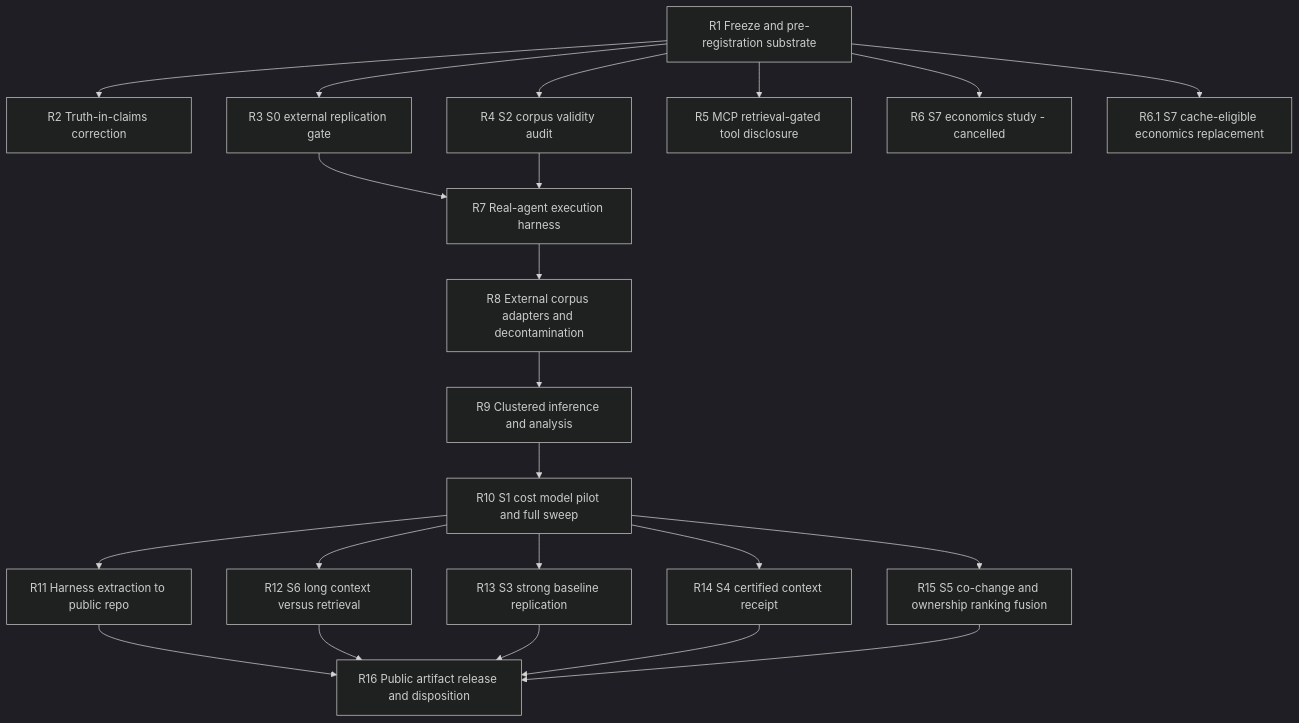
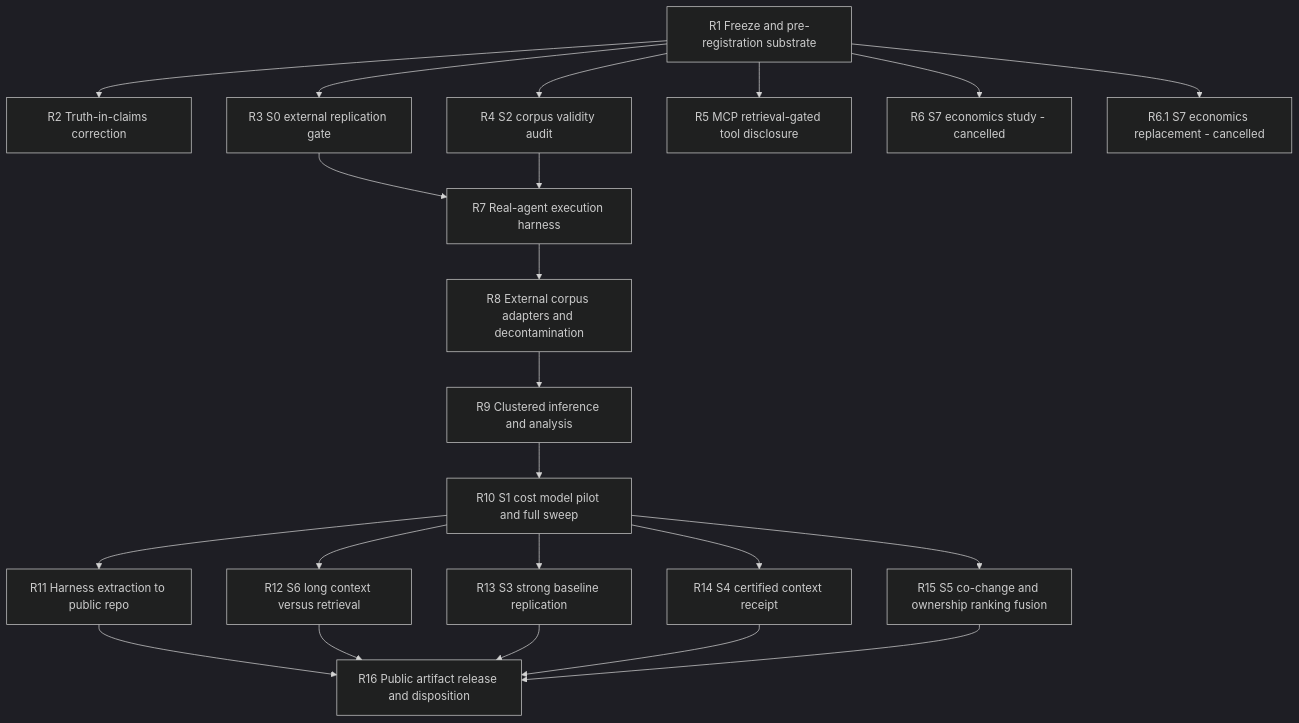
Before and after one commit to Mathews-Tom/archex: the first of 3 diagrams in .docs/DEVELOPMENT_PLAN.md, drawn with Mermaid (dark theme). The commit also changed other lines of this file and 1 other file, not shown here.

First line of the commit message:
docs(plan): retire R6.1 provider economics study

````diff
--- a/.docs/DEVELOPMENT_PLAN.md
+++ b/.docs/DEVELOPMENT_PLAN.md
@@ -40,42 +40,42 @@
 ```mermaid
 graph TD
   R1[R1 Freeze and pre-registration substrate]
   R2[R2 Truth-in-claims correction]
   R3[R3 S0 external replication gate]
   R4[R4 S2 corpus validity audit]
   R5[R5 MCP retrieval-gated tool disclosure]
   R6[R6 S7 economics study - cancelled]
-  R61[R6.1 S7 cache-eligible economics replacement]
+  R61[R6.1 S7 economics replacement - cancelled]
   R7[R7 Real-agent execution harness]
   R8[R8 External corpus adapters and decontamination]
   R9[R9 Clustered inference and analysis]
   R10[R10 S1 cost model pilot and full sweep]
   R11[R11 Harness extraction to public repo]
   R12[R12 S6 long context versus retrieval]
   R13[R13 S3 strong baseline replication]
   R14[R14 S4 certified context receipt]
   R15[R15 S5 co-change and ownership ranking fusion]
   R16[R16 Public artifact release and disposition]
 
   R1 --> R2
   R1 --> R3
   R1 --> R4
   R1 --> R5
   R1 --> R6
   R1 --> R61
   R3 --> R7
   R4 --> R7
   R7 --> R8
   R8 --> R9
   R9 --> R10
   R10 --> R11
   R10 --> R12
   R10 --> R13
   R10 --> R14
   R10 --> R15
   R11 --> R16
   R12 --> R16
   R13 --> R16
   R14 --> R16
   R15 --> R16
 ```
````
